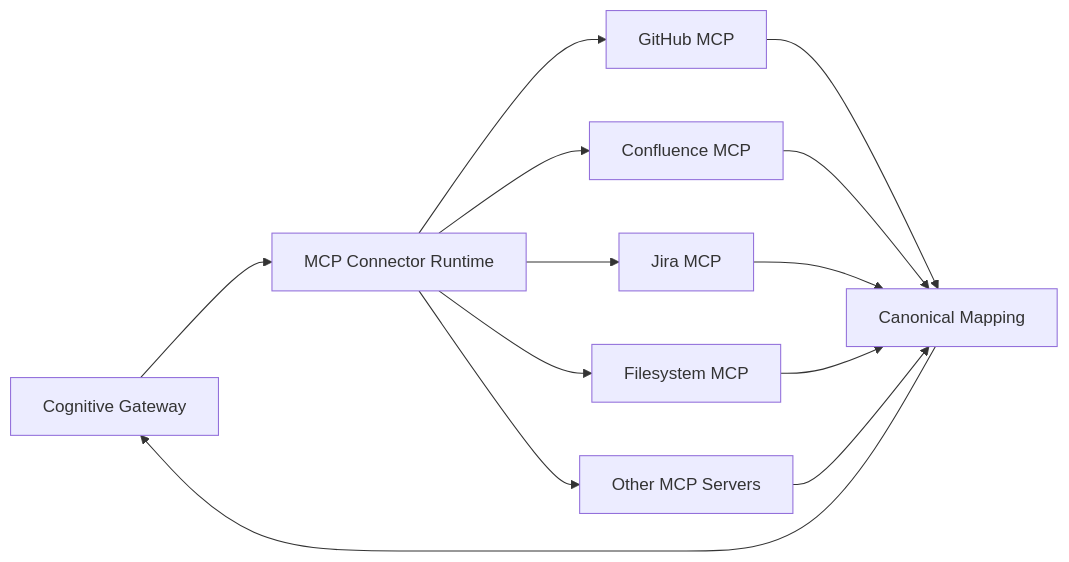
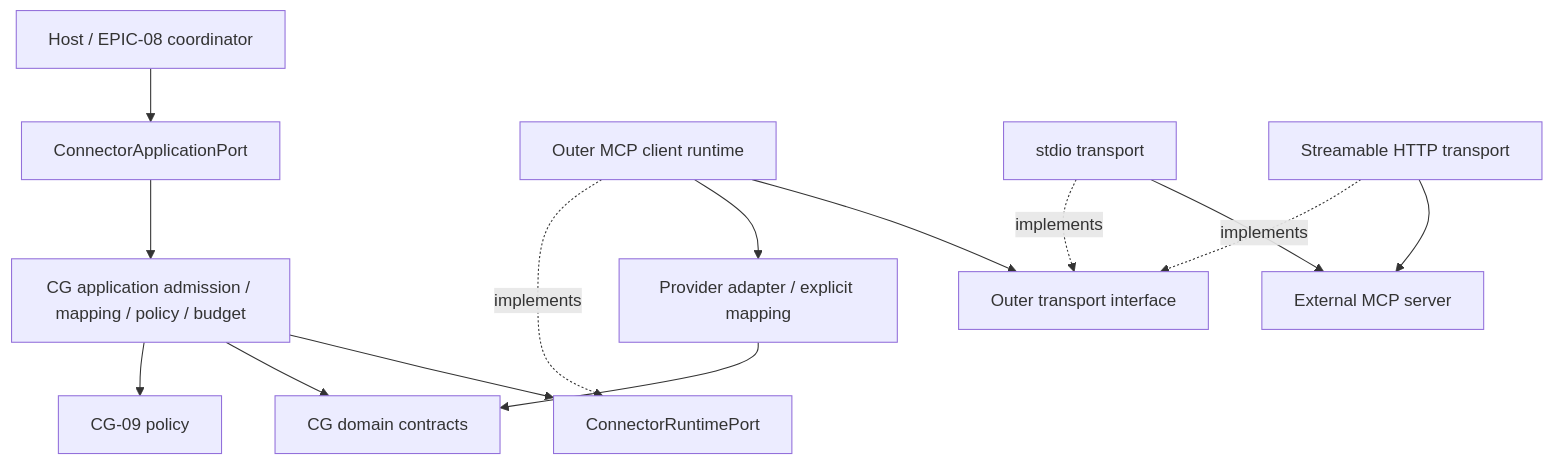
The first of 2 diagrams in docs/mcp-connector-runtime.md (MatthiasBurger-Coder/Cognitive-Gateway), drawn with Mermaid before and after one commit. The commit also changed other lines of this file and 12 other files, not shown here.

First line of the commit message:
feat: define MCP connector runtime architecture and boundaries (#354)

````diff
--- a/docs/mcp-connector-runtime.md
+++ b/docs/mcp-connector-runtime.md
@@ -13,24 +17,16 @@
 ```mermaid
-flowchart LR
-    CG[Cognitive Gateway]
-    MCP[MCP Connector Runtime]
-    MAP[Canonical Mapping]
-    GH[GitHub MCP]
-    CF[Confluence MCP]
-    JI[Jira MCP]
-    FS[Filesystem MCP]
-    OTHER[Other MCP Servers]
-
-    CG --> MCP
-    MCP --> GH
-    MCP --> CF
-    MCP --> JI
-    MCP --> FS
-    MCP --> OTHER
-    GH --> MAP
-    CF --> MAP
-    JI --> MAP
-    FS --> MAP
-    OTHER --> MAP
-    MAP --> CG
+flowchart TD
+    HOST[Host / EPIC-08 coordinator] --> IN[ConnectorApplicationPort]
+    IN --> APP[CG application admission / mapping / policy / budget]
+    APP --> POL[CG-09 policy]
+    APP --> DOMAIN[CG domain contracts]
+    APP --> OUT[ConnectorRuntimePort]
+    MCP[Outer MCP client runtime] -. implements .-> OUT
+    MCP --> MAP[Provider adapter / explicit mapping]
+    MCP --> WIRE[Outer transport interface]
+    STDIO[stdio transport] -. implements .-> WIRE
+    HTTP[Streamable HTTP transport] -. implements .-> WIRE
+    MAP --> DOMAIN
+    STDIO --> SERVER[External MCP server]
+    HTTP --> SERVER
 ```
````
